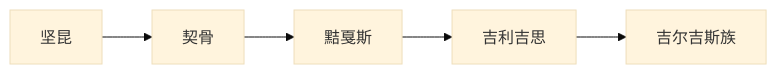
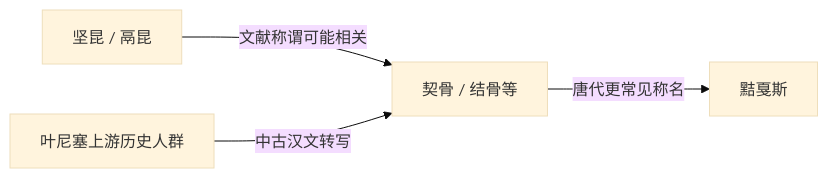
The diagram in 人文科学/历史/东亚/中国/_民族/突厥语族与北方草原/叶尼塞吉尔吉斯/契骨.md (tianlan-dev/learning-notes), drawn with Mermaid (base theme) before and after one commit. The commit also changed other lines of this file and 180 other files, not shown here.

````diff
--- a/人文科学/历史/东亚/中国/_民族/突厥语族与北方草原/叶尼塞吉尔吉斯/契骨.md
+++ b/人文科学/历史/东亚/中国/_民族/突厥语族与北方草原/叶尼塞吉尔吉斯/契骨.md
@@ -28,7 +30,6 @@
 ```mermaid
 flowchart LR
-  Jiankun["坚昆"] --> Qigu["契骨"]
-  Qigu --> Xiajiasi["黠戛斯"]
-  Xiajiasi --> Jilijisi["吉利吉思"]
-  Jilijisi --> Kyrgyz["吉尔吉斯族"]
+    Jiankun["坚昆 / 鬲昆"] -->|"文献称谓可能相关"| Qigu["契骨 / 结骨等"]
+    Yenisei["叶尼塞上游历史人群"] -->|"中古汉文转写"| Qigu
+    Qigu -->|"唐代更常见称名"| Xiajiasi["黠戛斯"]
 ```
````
